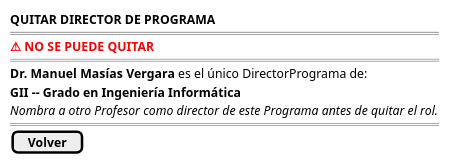
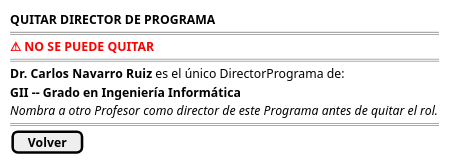
The first of 3 diagrams in RUP/01-requisitos/03-detalle-casos-uso/quitarDirectorPrograma/wireframes.puml (mmasias/pyCeldaPublico), drawn with PlantUML before and after one commit. The commit also changed other lines of this file and 49 other files, not shown here.

```diff
--- a/RUP/01-requisitos/03-detalle-casos-uso/quitarDirectorPrograma/wireframes.puml
+++ b/RUP/01-requisitos/03-detalle-casos-uso/quitarDirectorPrograma/wireframes.puml
@@ -1,15 +1,15 @@
 @startsalt quitarDirectorPrograma-wireframe-bloqueada
 {
     <b>QUITAR DIRECTOR DE PROGRAMA</b>
     ====
     <color:red><b>⚠ NO SE PUEDE QUITAR</b></color>
     ====
-    <b>Dr. Manuel Masías Vergara</b> es el único DirectorPrograma de:
+    <b>Dr. Carlos Navarro Ruiz</b> es el único DirectorPrograma de:
 
     <b>GII -- Grado en Ingeniería Informática</b>
 
     <i>Nombra a otro Profesor como director de este Programa antes de quitar el rol.</i>
     ====
     [ <b>Volver</b> ]
 }
 @endsalt
```
